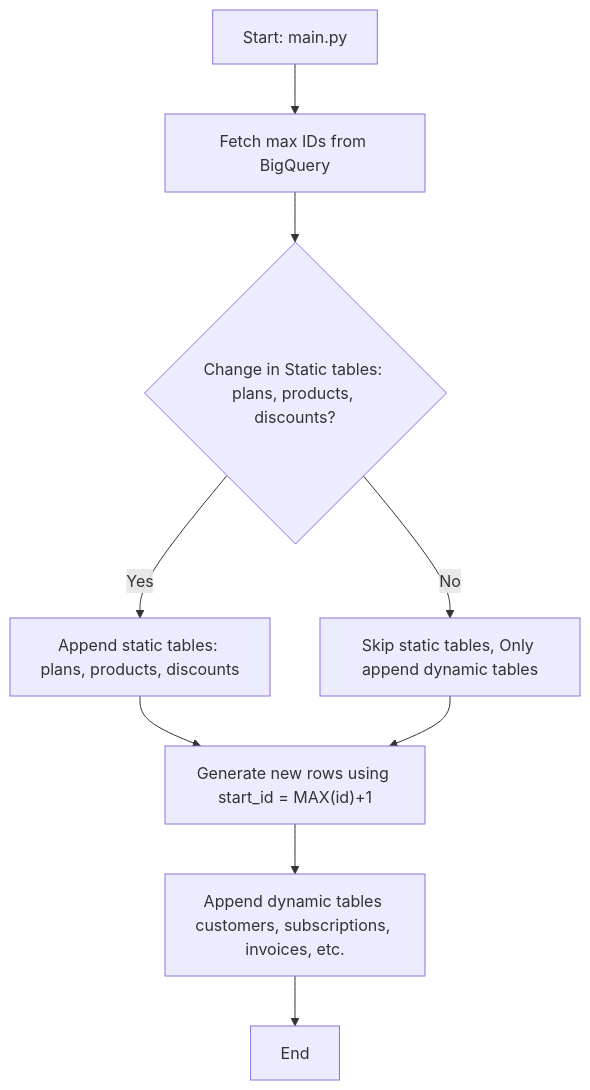
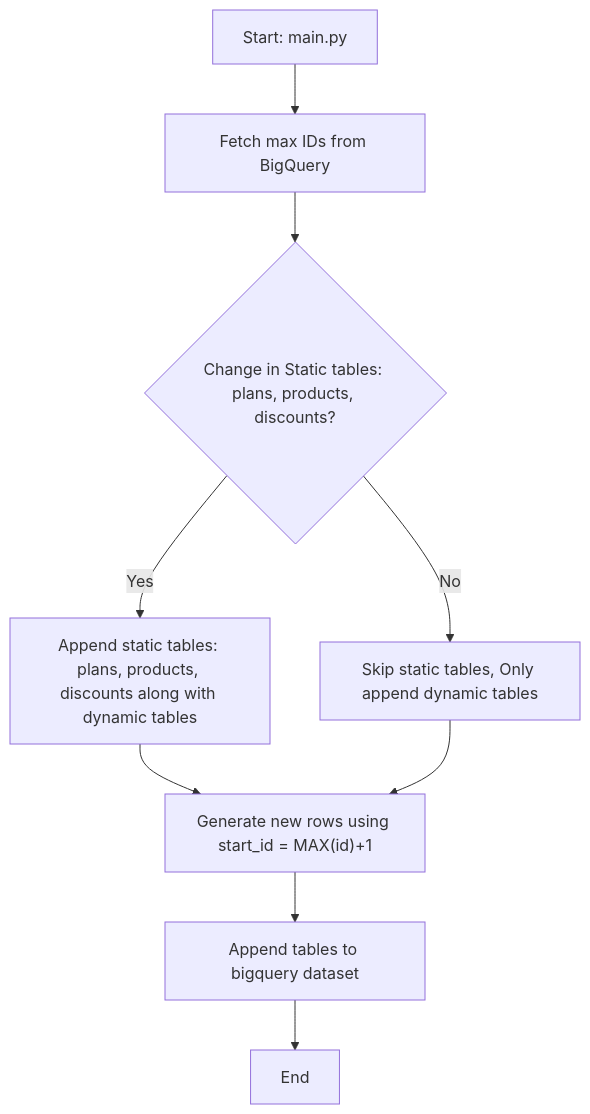
Before and after one commit to jugal-chauhan04/DataFlowIQ: the diagram in load/readme.md, drawn with Mermaid. The commit also changed other lines of this file, not shown here.

Commit message:
Created Readme for load operations

````diff
--- a/load/readme.md
+++ b/load/readme.md
@@ -120,16 +120,16 @@
 ```mermaid
 flowchart TD
     A[Start: main.py] --> B[Fetch max IDs from BigQuery]
 
     %% Branch for static table changes
     B --> C{"Change in Static tables: plans, products, discounts?"}
-    C -->|Yes| D["Append static tables: plans, products, discounts"]
+    C -->|Yes| D["Append static tables: plans, products, discounts along with dynamic tables"]
     C -->|No| E["Skip static tables, Only append dynamic tables"]
 
     %% Both paths lead to dynamic
     D --> F["Generate new rows using start_id = MAX(id)+1"]
     E --> F
 
-    F --> G["Append dynamic tables customers, subscriptions, invoices, etc."]
+    F --> G["Append tables to bigquery dataset"]
     G --> H[End]
 ```
````
